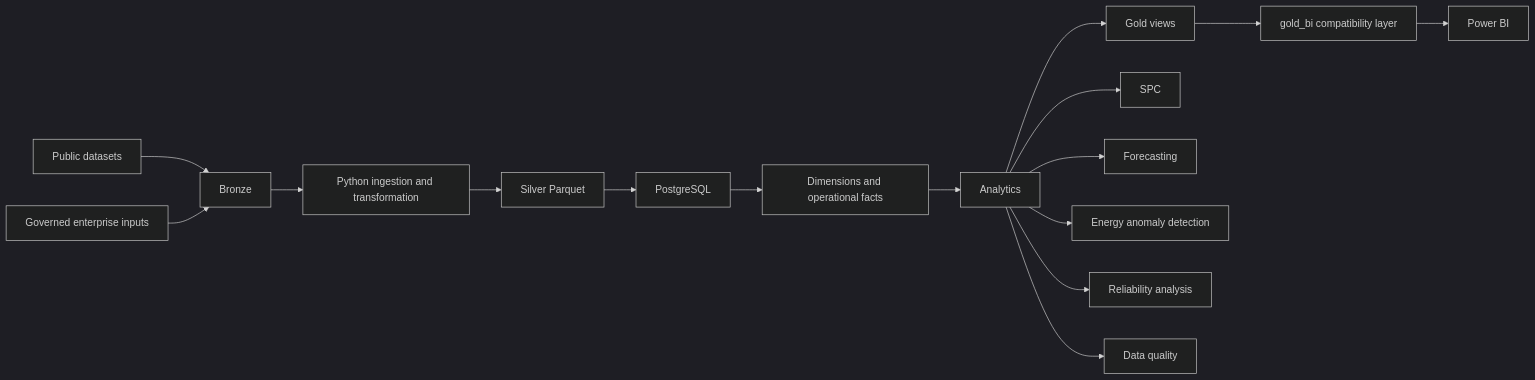
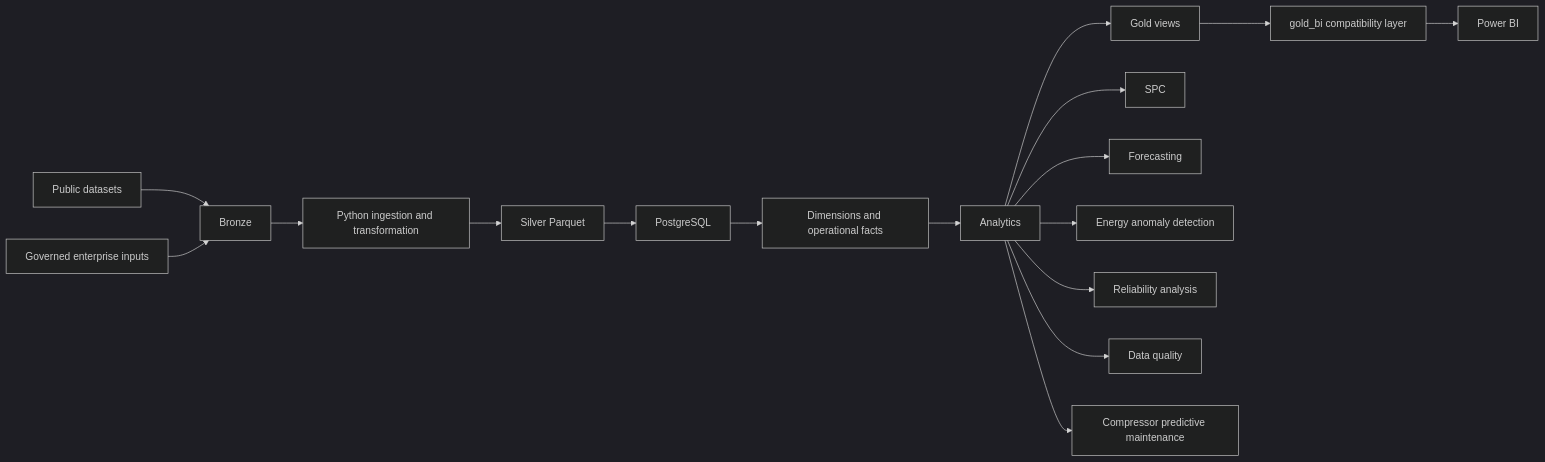
Before and after one commit to kwesiamoh/manufacturing-intelligence-platform: the diagram in README.md, drawn with Mermaid (dark theme). The commit also changed other lines of this file and 43 other files, not shown here.

Commit message:
Integrate predictive maintenance and telemetry data quality

````diff
--- a/README.md
+++ b/README.md
@@ -43,18 +43,19 @@
 ```mermaid
 flowchart LR
     A[Public datasets] --> B[Bronze]
     C[Governed enterprise inputs] --> B
     B --> D[Python ingestion and transformation]
     D --> E[Silver Parquet]
     E --> F[PostgreSQL]
     F --> G[Dimensions and operational facts]
     G --> H[Analytics]
     H --> I[Gold views]
     I --> J[gold_bi compatibility layer]
     J --> K[Power BI]
     H --> L[SPC]
     H --> M[Forecasting]
     H --> N[Energy anomaly detection]
     H --> O[Reliability analysis]
     H --> P[Data quality]
+    H --> Q[Compressor predictive maintenance]
 ```
````
